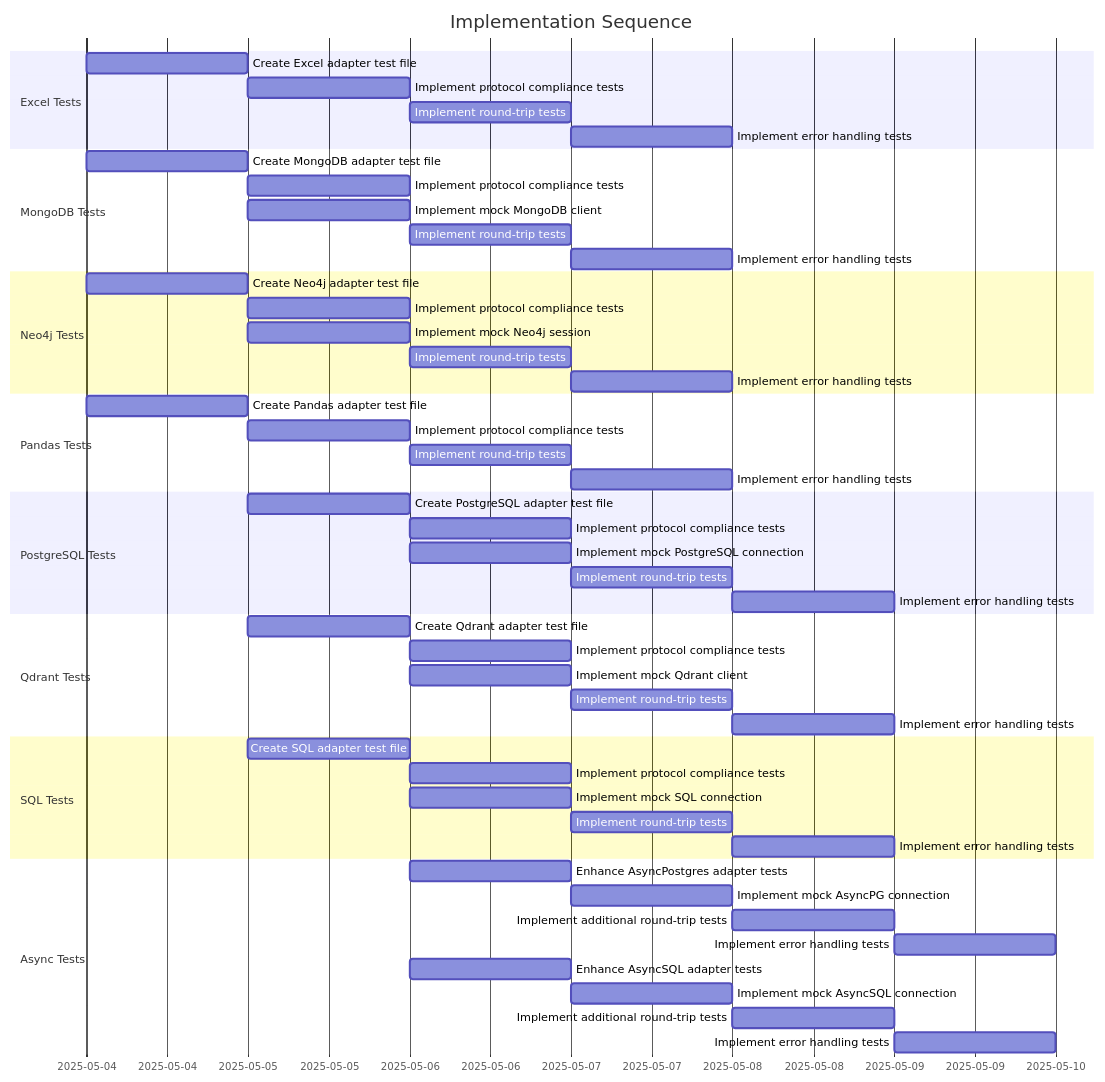
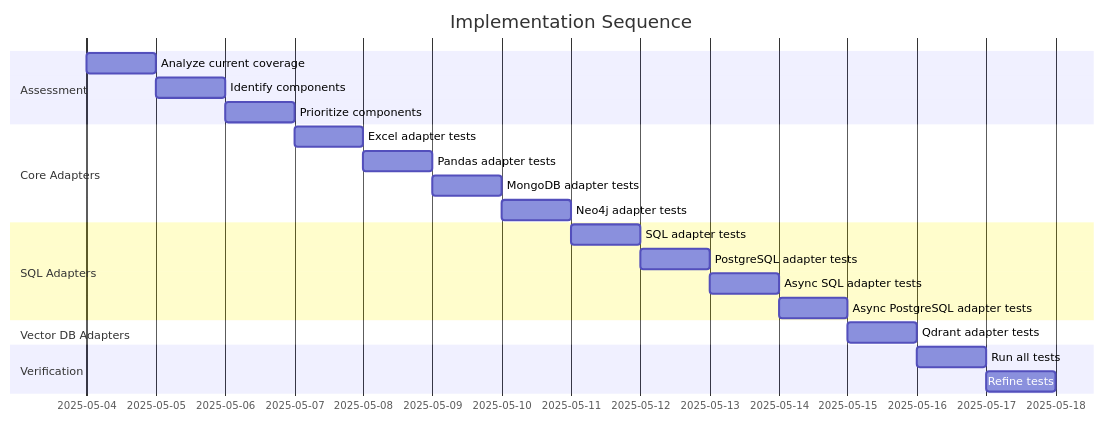
Before and after one commit to khive-ai/pydapter: the diagram in docs/plans/IP-24-test-coverage.md, drawn with Mermaid. The commit also changed other lines of this file and 9 other files, not shown here.

Commit message:
test(coverage): add tests for adapters to increase coverage to 75% (search: pplx-1234)

````diff
--- a/docs/plans/IP-24-test-coverage.md
+++ b/docs/plans/IP-24-test-coverage.md
@@ -236,62 +176,29 @@
 ```mermaid
 gantt
     title Implementation Sequence
     dateFormat  YYYY-MM-DD
 
-    section Excel Tests
-    Create Excel adapter test file       :t1, 2025-05-04, 1d
-    Implement protocol compliance tests  :t2, after t1, 1d
-    Implement round-trip tests           :t3, after t2, 1d
-    Implement error handling tests       :t4, after t3, 1d
+    section Assessment
+    Analyze current coverage       :a1, 2025-05-04, 1d
+    Identify components            :a2, after a1, 1d
+    Prioritize components          :a3, after a2, 1d
 
-    section MongoDB Tests
-    Create MongoDB adapter test file     :t5, 2025-05-04, 1d
-    Implement protocol compliance tests  :t6, after t5, 1d
-    Implement mock MongoDB client        :t7, after t5, 1d
-    Implement round-trip tests           :t8, after t7, 1d
-    Implement error handling tests       :t9, after t8, 1d
+    section Core Adapters
+    Excel adapter tests            :c1, after a3, 1d
+    Pandas adapter tests           :c2, after c1, 1d
+    MongoDB adapter tests          :c3, after c2, 1d
+    Neo4j adapter tests            :c4, after c3, 1d
 
-    section Neo4j Tests
-    Create Neo4j adapter test file       :t10, 2025-05-04, 1d
-    Implement protocol compliance tests  :t11, after t10, 1d
-    Implement mock Neo4j session         :t12, after t10, 1d
-    Implement round-trip tests           :t13, after t12, 1d
-    Implement error handling tests       :t14, after t13, 1d
+    section SQL Adapters
+    SQL adapter tests              :s1, after c4, 1d
+    PostgreSQL adapter tests       :s2, after s1, 1d
+    Async SQL adapter tests        :s3, after s2, 1d
+    Async PostgreSQL adapter tests :s4, after s3, 1d
 
-    section Pandas Tests
-    Create Pandas adapter test file      :t15, 2025-05-04, 1d
-    Implement protocol compliance tests  :t16, after t15, 1d
-    Implement round-trip tests           :t17, after t16, 1d
-    Implement error handling tests       :t18, after t17, 1d
+    section Vector DB Adapters
+    Qdrant adapter tests           :v1, after s4, 1d
 
-    section PostgreSQL Tests
-    Create PostgreSQL adapter test file  :t19, 2025-05-05, 1d
-    Implement protocol compliance tests  :t20, after t19, 1d
-    Implement mock PostgreSQL connection :t21, after t19, 1d
-    Implement round-trip tests           :t22, after t21, 1d
-    Implement error handling tests       :t23, after t22, 1d
-
-    section Qdrant Tests
-    Create Qdrant adapter test file      :t24, 2025-05-05, 1d
-    Implement protocol compliance tests  :t25, after t24, 1d
-    Implement mock Qdrant client         :t26, after t24, 1d
-    Implement round-trip tests           :t27, after t26, 1d
-    Implement error handling tests       :t28, after t27, 1d
-
-    section SQL Tests
-    Create SQL adapter test file         :t29, 2025-05-05, 1d
-    Implement protocol compliance tests  :t30, after t29, 1d
-    Implement mock SQL connection        :t31, after t29, 1d
-    Implement round-trip tests           :t32, after t31, 1d
-    Implement error handling tests       :t33, after t32, 1d
-
-    section Async Tests
-    Enhance AsyncPostgres adapter tests  :t34, 2025-05-06, 1d
-    Implement mock AsyncPG connection    :t35, after t34, 1d
-    Implement additional round-trip tests:t36, after t35, 1d
-    Implement error handling tests       :t37, after t36, 1d
-    Enhance AsyncSQL adapter tests       :t38, 2025-05-06, 1d
-    Implement mock AsyncSQL connection   :t39, after t38, 1d
-    Implement additional round-trip tests:t40, after t39, 1d
-    Implement error handling tests       :t41, after t40, 1d
+    section Verification
+    Run all tests                  :ver1, after v1, 1d
+    Refine tests                   :ver2, after ver1, 1d
 ```
````
